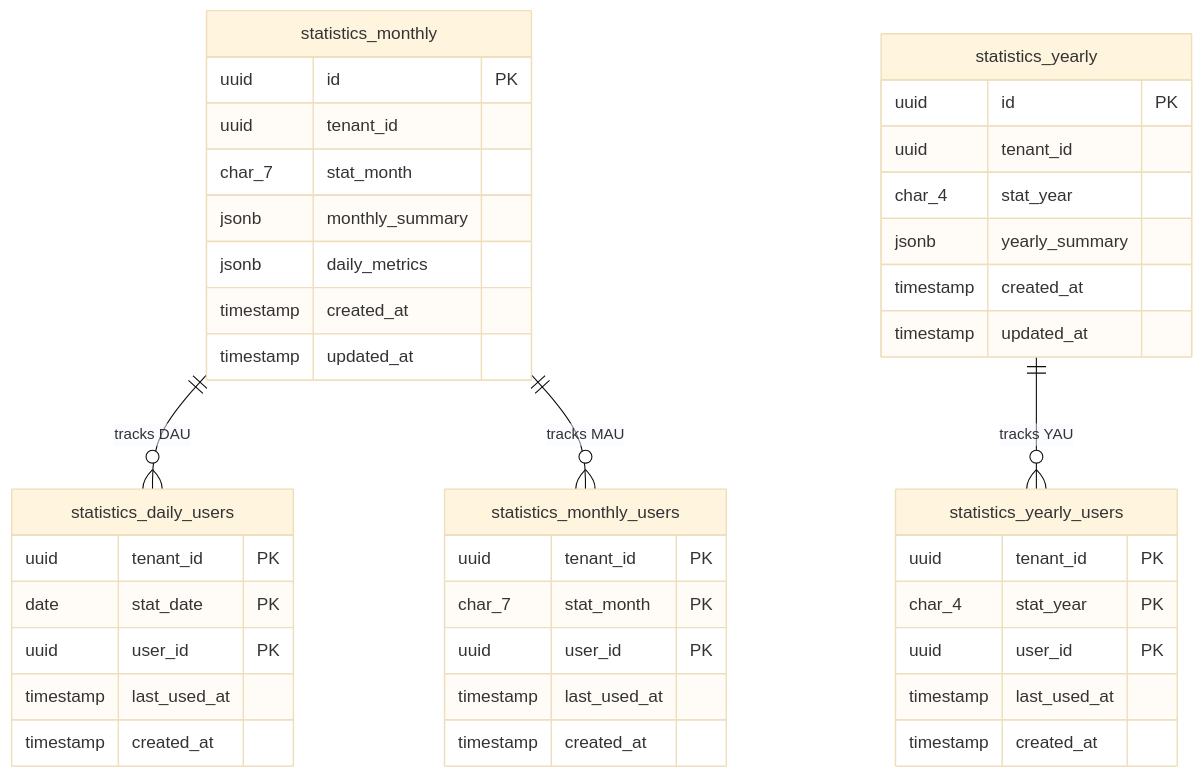
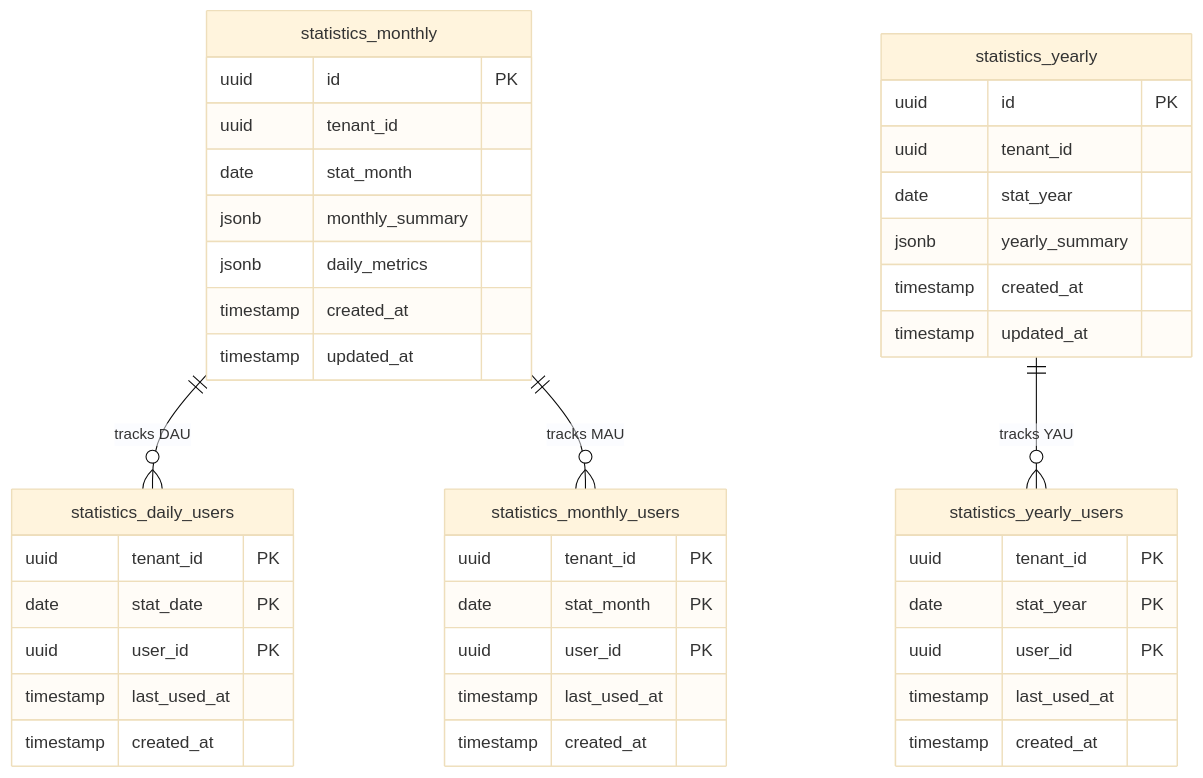
One commit to hirokazu-kobayashi-koba-hiro/idp-server changed the second of 7 diagrams in documentation/docs/content_03_concepts/concept-22-tenant-statistics.md. Above: the diagram before and after it, drawn with Mermaid (base theme). The commit also changed other lines of this file and 8 other files, not shown here.

````diff
--- a/documentation/docs/content_03_concepts/concept-22-tenant-statistics.md
+++ b/documentation/docs/content_03_concepts/concept-22-tenant-statistics.md
@@ -60,44 +60,44 @@
 ```mermaid
 erDiagram
     statistics_monthly ||--o{ statistics_daily_users : "tracks DAU"
     statistics_monthly ||--o{ statistics_monthly_users : "tracks MAU"
     statistics_yearly ||--o{ statistics_yearly_users : "tracks YAU"
     statistics_monthly {
         uuid id PK
         uuid tenant_id
-        char_7 stat_month
+        date stat_month
         jsonb monthly_summary
         jsonb daily_metrics
         timestamp created_at
         timestamp updated_at
     }
     statistics_yearly {
         uuid id PK
         uuid tenant_id
-        char_4 stat_year
+        date stat_year
         jsonb yearly_summary
         timestamp created_at
         timestamp updated_at
     }
     statistics_daily_users {
         uuid tenant_id PK
         date stat_date PK
         uuid user_id PK
         timestamp last_used_at
         timestamp created_at
     }
     statistics_monthly_users {
         uuid tenant_id PK
-        char_7 stat_month PK
+        date stat_month PK
         uuid user_id PK
         timestamp last_used_at
         timestamp created_at
     }
     statistics_yearly_users {
         uuid tenant_id PK
-        char_4 stat_year PK
+        date stat_year PK
         uuid user_id PK
         timestamp last_used_at
         timestamp created_at
     }
 ```
````
